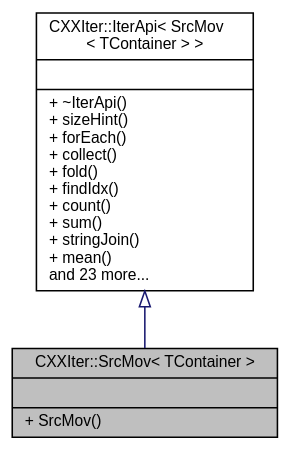
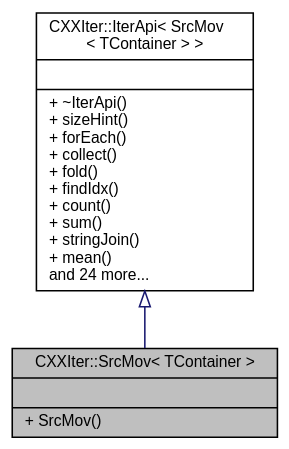
One commit to seijikun/CXXIter changed the diagram in classCXXIter_1_1SrcMov__inherit__graph.dot. Above: the diagram before and after it, drawn with Graphviz. The commit also changed 49 other files, not shown here.

```diff
--- a/classCXXIter_1_1SrcMov__inherit__graph.dot
+++ b/classCXXIter_1_1SrcMov__inherit__graph.dot
@@ -1,11 +1,11 @@
 digraph "CXXIter::SrcMov&lt; TContainer &gt;"
 {
  // INTERACTIVE_SVG=YES
  // LATEX_PDF_SIZE
   bgcolor="transparent";
   edge [fontname="Helvetica",fontsize="10",labelfontname="Helvetica",labelfontsize="10"];
   node [fontname="Helvetica",fontsize="10",shape=record];
   Node1 [label="{CXXIter::SrcMov\< TContainer \>\n||+ SrcMov()\l}",height=0.2,width=0.4,color="black", fillcolor="grey75", style="filled", fontcolor="black",tooltip="CXXIter iterator source that takes over the input item source, and moves its items through the elemen..."];
   Node2 -> Node1 [dir="back",color="midnightblue",fontsize="10",style="solid",arrowtail="onormal",fontname="Helvetica"];
-  Node2 [label="{CXXIter::IterApi\< SrcMov\l\< TContainer \> \>\n||+ ~IterApi()\l+ sizeHint()\l+ forEach()\l+ collect()\l+ fold()\l+ findIdx()\l+ count()\l+ sum()\l+ stringJoin()\l+ mean()\land 23 more...\l}",height=0.2,width=0.4,color="black",URL="$classCXXIter_1_1IterApi.html",tooltip=" "];
+  Node2 [label="{CXXIter::IterApi\< SrcMov\l\< TContainer \> \>\n||+ ~IterApi()\l+ sizeHint()\l+ forEach()\l+ collect()\l+ fold()\l+ findIdx()\l+ count()\l+ sum()\l+ stringJoin()\l+ mean()\land 24 more...\l}",height=0.2,width=0.4,color="black",URL="$classCXXIter_1_1IterApi.html",tooltip=" "];
 }
```
